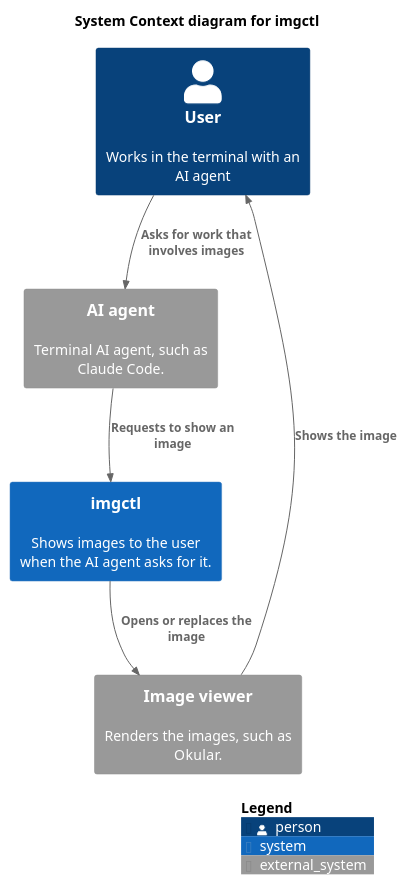
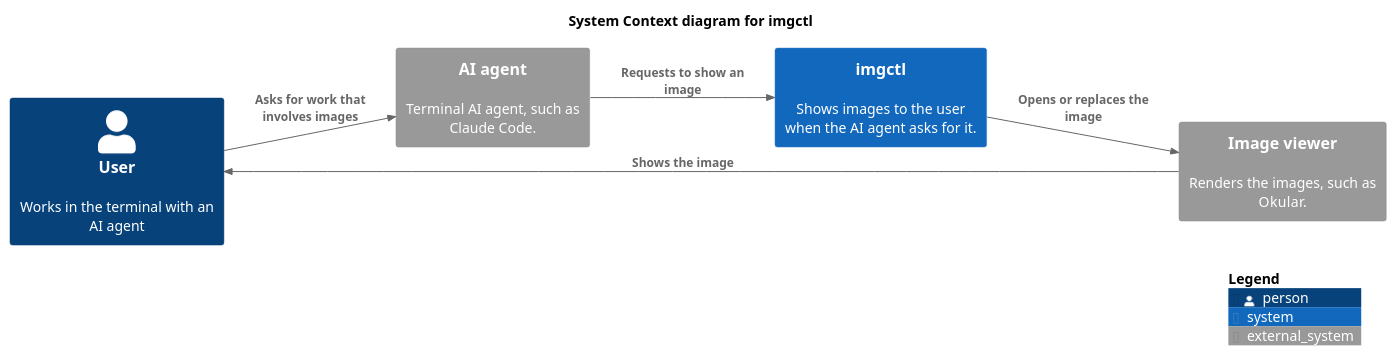
Before and after one commit to prapoju/imgctl: the diagram in docs/diagrams/system-context.puml, drawn with PlantUML. The commit also changed 1 other file, not shown here.

Commit message:
docs: lay out the system context diagram left to right

```diff
--- a/docs/diagrams/system-context.puml
+++ b/docs/diagrams/system-context.puml
@@ -1,17 +1,19 @@
 @startuml system-context
 !include <C4/C4_Context>
+
+LAYOUT_LEFT_RIGHT()
 
 title System Context diagram for imgctl
 
 Person(user, "User", "Works in the terminal with an AI agent")
 System_Ext(agent, "AI agent", "Terminal AI agent, such as Claude Code.")
 System(imgctl, "imgctl", "Shows images to the user when the AI agent asks for it.")
 System_Ext(viewer, "Image viewer", "Renders the images, such as Okular.")
 
 Rel(user, agent, "Asks for work that involves images")
 Rel(agent, imgctl, "Requests to show an image")
 Rel(imgctl, viewer, "Opens or replaces the image")
 Rel(viewer, user, "Shows the image")
 
 SHOW_LEGEND()
 @enduml
```
